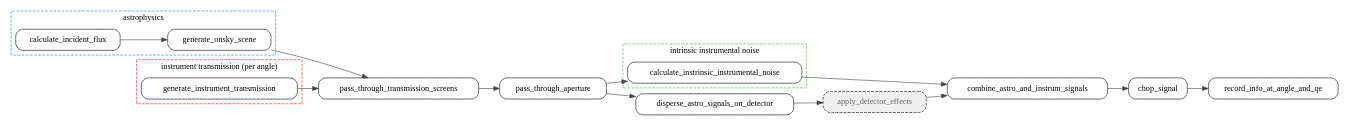
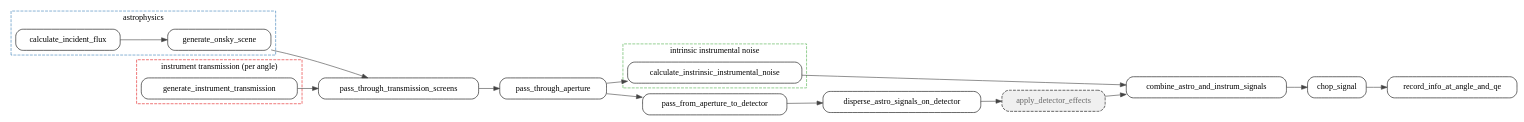
The diagram in docs/uml/pipeline_flow.dot (mwanakijiji/life_detectors), drawn with Graphviz before and after one commit. The commit also changed 8 other files, not shown here.

```diff
--- a/docs/uml/pipeline_flow.dot
+++ b/docs/uml/pipeline_flow.dot
@@ -1,51 +1,53 @@
 digraph pipeline {
   rankdir=LR;
   node [shape=box, style="rounded,filled", fillcolor="white"];
   edge [color="#444444"];
 
   subgraph cluster_astrophysics {
     label="astrophysics";
     style="dashed";
     color="#377eb8";
     calculate_incident_flux;
     generate_onsky_scene;
   }
 
   subgraph cluster_intrinsic_instrumental_noise {
     label="intrinsic instrumental noise";
     style="dashed";
     color="#4daf4a";
     calculate_instrinsic_instrumental_noise;
   }
 
   subgraph cluster_instrument_transmission_per_angle {
     label="instrument transmission (per angle)";
     style="dashed";
     color="#e41a1c";
     generate_instrument_transmission;
   }
 
   calculate_incident_flux [label="calculate_incident_flux"];
   generate_onsky_scene [label="generate_onsky_scene"];
   calculate_instrinsic_instrumental_noise [label="calculate_instrinsic_instrumental_noise"];
   combine_astro_and_instrum_signals [label="combine_astro_and_instrum_signals"];
   chop_signal [label="chop_signal"];
   disperse_astro_signals_on_detector [label="disperse_astro_signals_on_detector"];
   pass_through_aperture [label="pass_through_aperture"];
+  pass_from_aperture_to_detector [label="pass_from_aperture_to_detector"];
   generate_instrument_transmission [label="generate_instrument_transmission"];
   pass_through_transmission_screens [label="pass_through_transmission_screens"];
   record_info_at_angle_and_qe [label="record_info_at_angle_and_qe"];
   apply_detector_effects [label="apply_detector_effects", style="rounded,dashed,filled", fillcolor="#f0f0f0", fontcolor="#666666"];
 
   calculate_incident_flux -> generate_onsky_scene;
   pass_through_aperture -> calculate_instrinsic_instrumental_noise;
   apply_detector_effects -> combine_astro_and_instrum_signals;
   calculate_instrinsic_instrumental_noise -> combine_astro_and_instrum_signals;
   combine_astro_and_instrum_signals -> chop_signal;
-  pass_through_aperture -> disperse_astro_signals_on_detector;
+  pass_from_aperture_to_detector -> disperse_astro_signals_on_detector;
   pass_through_transmission_screens -> pass_through_aperture;
+  pass_through_aperture -> pass_from_aperture_to_detector;
   generate_onsky_scene -> pass_through_transmission_screens;
   generate_instrument_transmission -> pass_through_transmission_screens;
   chop_signal -> record_info_at_angle_and_qe;
   disperse_astro_signals_on_detector -> apply_detector_effects;
 }
```
